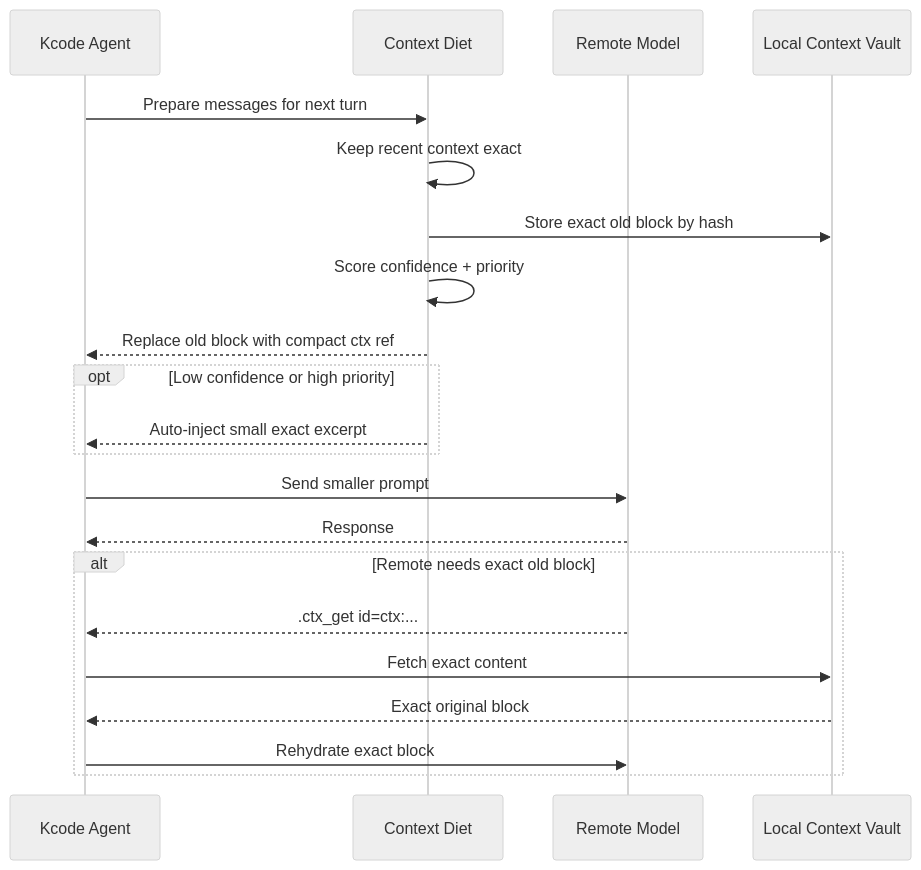
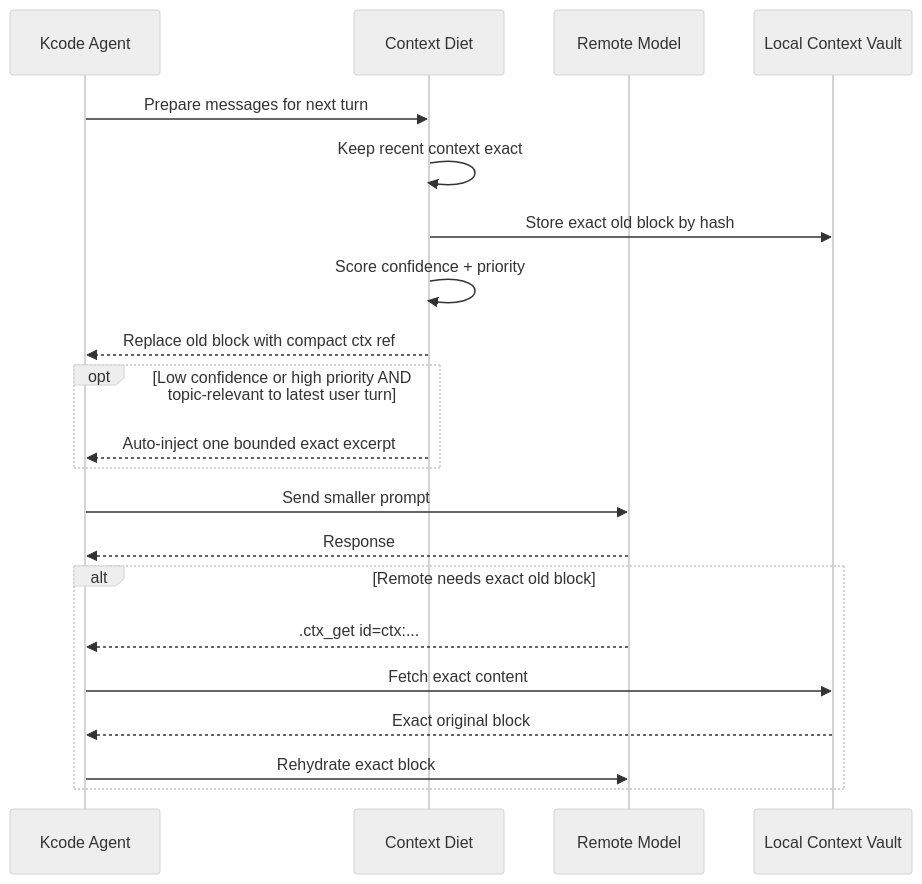
Before and after one commit to icedmoca/neura: the fourth of 13 diagrams in ABOUT.md, drawn with Mermaid (neutral theme). The commit also changed other lines of this file and 2 other files, not shown here.

````diff
--- a/ABOUT.md
+++ b/ABOUT.md
@@ -112,24 +105,24 @@
 ```mermaid
 sequenceDiagram
     participant A as Kcode Agent
     participant D as Context Diet
     participant R as Remote Model
     participant V as Local Context Vault
 
     A->>D: Prepare messages for next turn
     D->>D: Keep recent context exact
     D->>V: Store exact old block by hash
     D->>D: Score confidence + priority
     D-->>A: Replace old block with compact ctx ref
-    opt Low confidence or high priority
-        D-->>A: Auto-inject small exact excerpt
+    opt Low confidence or high priority AND topic-relevant to latest user turn
+        D-->>A: Auto-inject one bounded exact excerpt
     end
     A->>R: Send smaller prompt
     R-->>A: Response
     alt Remote needs exact old block
         R-->>A: .ctx_get id=ctx:...
         A->>V: Fetch exact content
         V-->>A: Exact original block
         A->>R: Rehydrate exact block
     end
 ```
````
